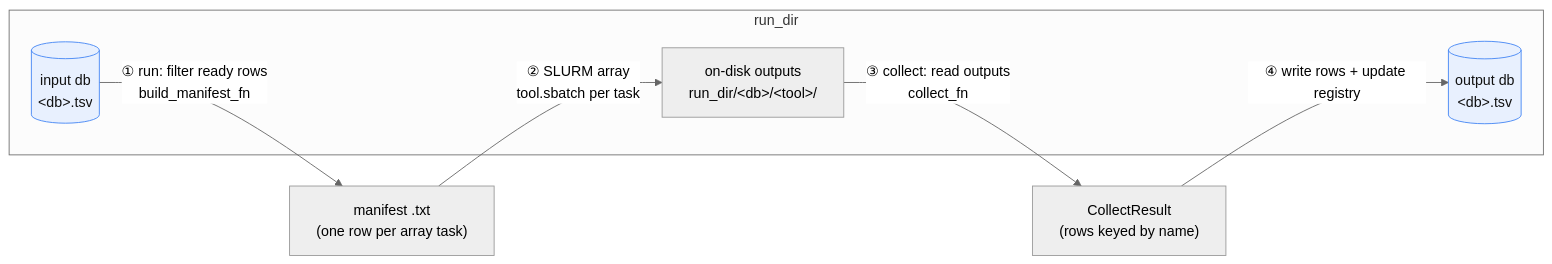
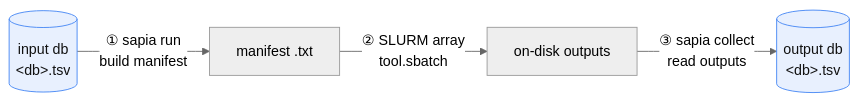
One commit to jlmoraleshellin/prosapia changed the first of 2 diagrams in README.md. Above: the diagram before and after it, drawn with Mermaid (neutral theme). The commit also changed other lines of this file and 7 other files, not shown here.

````diff
--- a/README.md
+++ b/README.md
@@ -36,16 +33,14 @@
 ```mermaid
 flowchart LR
-    subgraph run_dir
-        DB[("input db<br/>&lt;db&gt;.tsv")]
-        OUT["on-disk outputs<br/>run_dir/&lt;db&gt;/&lt;tool&gt;/"]
-        DB2[("output db<br/>&lt;db&gt;.tsv")]
-    end
+    DB[("input db<br/>&lt;db&gt;.tsv")]
+    MAN["manifest .txt"]
+    OUT["on-disk outputs"]
+    DB2[("output db<br/>&lt;db&gt;.tsv")]
 
-    DB -->|"① run: filter ready rows<br/>build_manifest_fn"| MAN["manifest .txt<br/>(one row per array task)"]
-    MAN -->|"② SLURM array<br/>tool.sbatch per task"| OUT
-    OUT -->|"③ collect: read outputs<br/>collect_fn"| ROWS["CollectResult<br/>(rows keyed by name)"]
-    ROWS -->|"④ write rows + update registry"| DB2
+    DB -->|"① sapia run<br/>build manifest"| MAN
+    MAN -->|"② SLURM array<br/>tool.sbatch"| OUT
+    OUT -->|"③ sapia collect<br/>read outputs"| DB2
 
     classDef db fill:#e8f0fe,stroke:#4285f4,color:#111;
     class DB,DB2 db;
 ```
````
